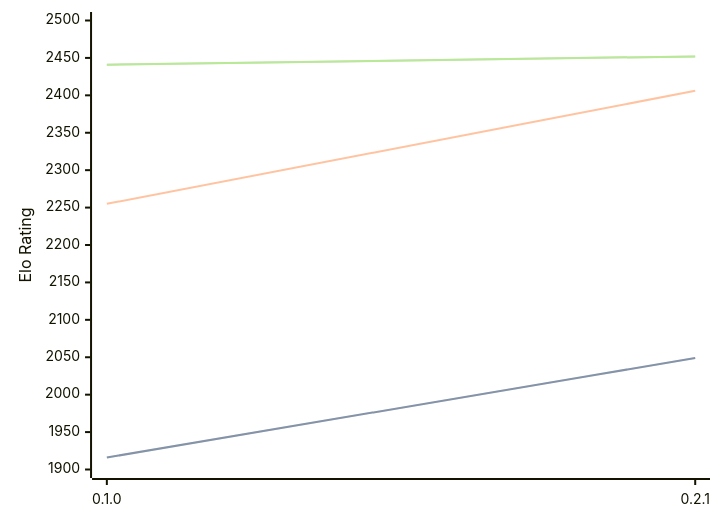
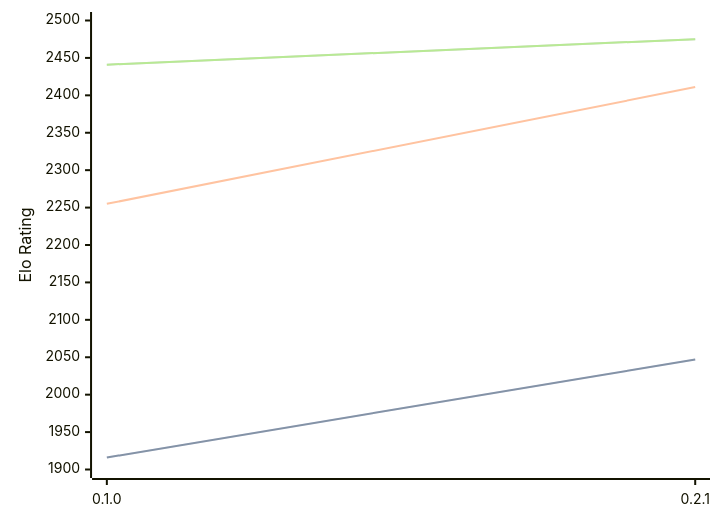
One commit to computer-chess-index/cci changed the diagram in engines/Sykora.md. Above: the diagram before and after it, drawn with Mermaid. The commit also changed other lines of this file, not shown here.

Commit message:
Update CCI Ratings (ELO VLTC) - 2026-04-04

````diff
--- a/engines/Sykora.md
+++ b/engines/Sykora.md
@@ -33,11 +33,11 @@
 ```mermaid
 %%{init: {"theme":"base","themeVariables":{"seriesColors:['#a3a3a3','#222221','#faa371']}}}%%
 xychart-beta
   x-axis ["0.1.0", "0.2.1"]
   y-axis "Elo Rating" 1900 --> 2500
-  line "STC (8.0+0.08s)" [1916, 2049]
-  line "STC (8.0+0.08s)" [1916, 2049]
-  line "LTC (60.0+0.60s)" [2255, 2406]
-  line "VLTC (2m24s+1.12s)" [2441, 2452]
-  line "VLTC (2m24s+1.12s)" [2441, 2452]
+  line "STC (8.0+0.08s)" [1916, 2047]
+  line "STC (8.0+0.08s)" [1916, 2047]
+  line "LTC (60.0+0.60s)" [2255, 2411]
+  line "VLTC (2m24s+1.12s)" [2441, 2475]
+  line "VLTC (2m24s+1.12s)" [2441, 2475]
 ```
````
